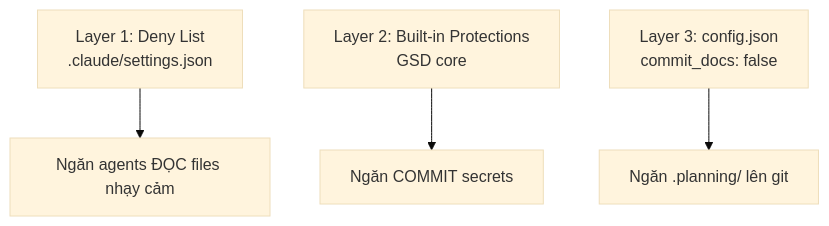
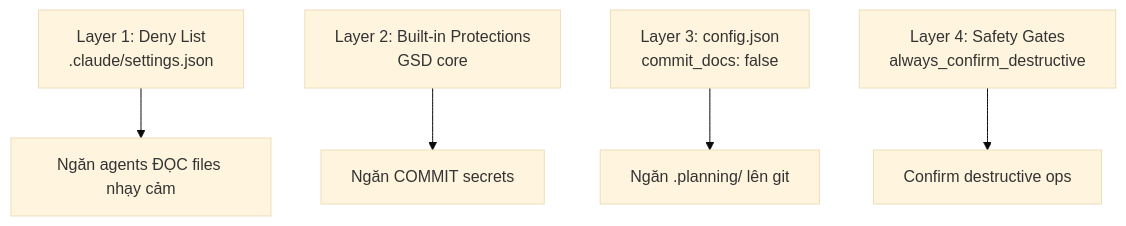
One commit to thientranhung/agentic-coding-lab changed the seventh of 7 diagrams in vn/get-shit-done/1. Architecture and Logic.md. Above: the diagram before and after it, drawn with Mermaid (base theme). The commit also changed other lines of this file and 14 other files, not shown here.

````diff
--- a/vn/get-shit-done/1. Architecture and Logic.md
+++ b/vn/get-shit-done/1. Architecture and Logic.md
@@ -523,6 +364,7 @@
 ```mermaid
 graph TD
     A["Layer 1: Deny List<br/>.claude/settings.json"] --> B["Ngăn agents ĐỌC files nhạy cảm"]
     C["Layer 2: Built-in Protections<br/>GSD core"] --> D["Ngăn COMMIT secrets"]
     E["Layer 3: config.json<br/>commit_docs: false"] --> F["Ngăn .planning/ lên git"]
+    G["Layer 4: Safety Gates<br/>always_confirm_destructive"] --> H["Confirm destructive ops"]
 ```
````
